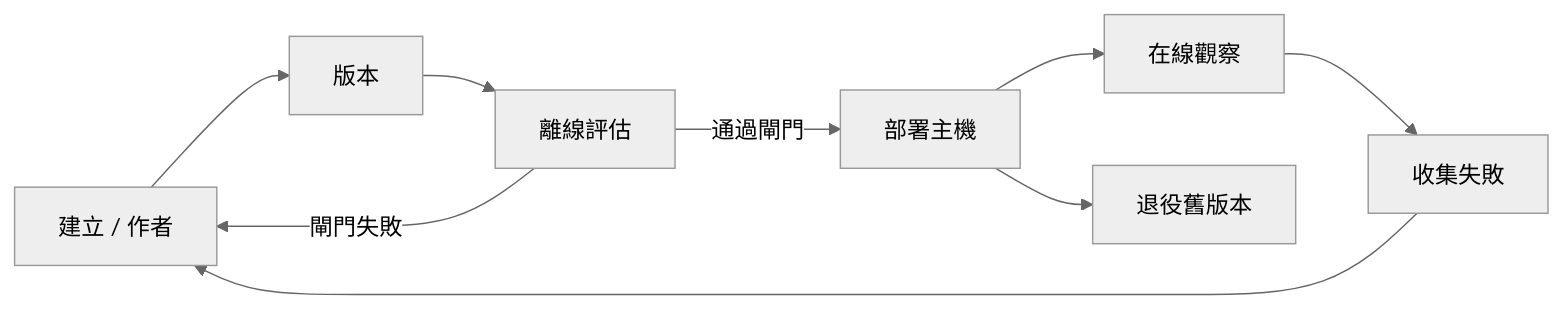
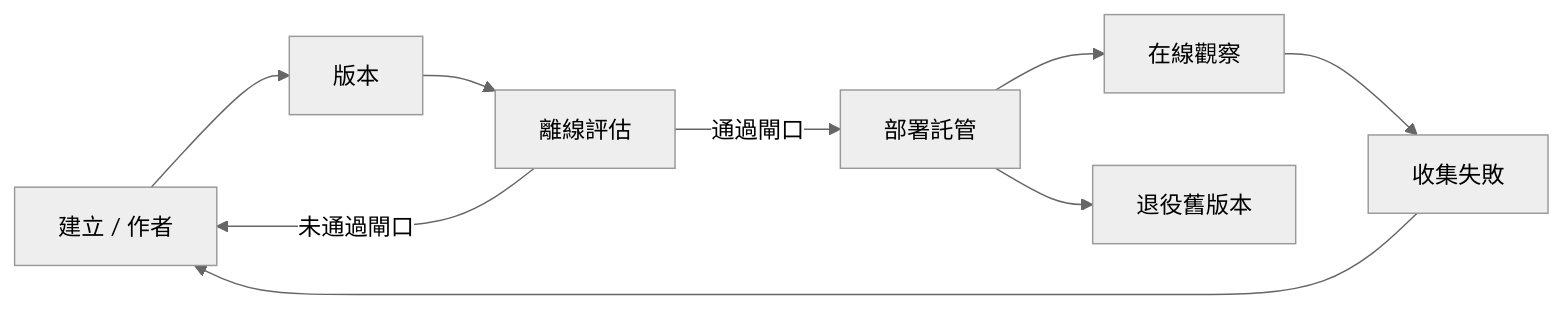
One commit to gabrielmoreira/agent-skills-mirror changed the second of 4 diagrams in mirrors/repos/microsoft@ai-agents-for-beginners/translations/zh-MO/16-deploying-scalable-agents/README.md. Above: the diagram before and after it, drawn with Mermaid (neutral theme). The commit also changed other lines of this file and 3581 other files, not shown here.

````diff
--- a/mirrors/repos/microsoft@ai-agents-for-beginners/translations/zh-MO/16-deploying-scalable-agents/README.md
+++ b/mirrors/repos/microsoft@ai-agents-for-beginners/translations/zh-MO/16-deploying-scalable-agents/README.md
@@ -108,11 +108,11 @@
 ```mermaid
 flowchart LR
     Create[建立 / 作者] --> Version[版本]
     Version --> Evaluate[離線評估]
-    Evaluate -->|通過閘門| Deploy[部署主機]
-    Evaluate -->|閘門失敗| Create
+    Evaluate -->|通過閘口| Deploy[部署託管]
+    Evaluate -->|未通過閘口| Create
     Deploy --> Observe[在線觀察]
     Observe --> Improve[收集失敗]
     Improve --> Create
     Deploy --> Retire[退役舊版本]
 ```
````
